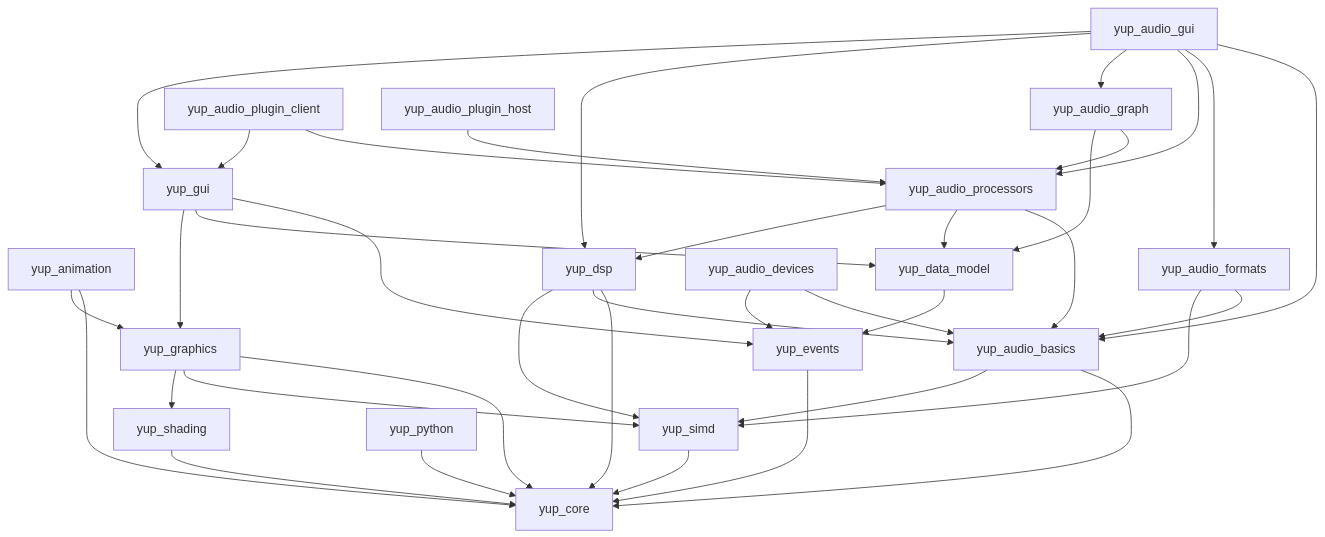
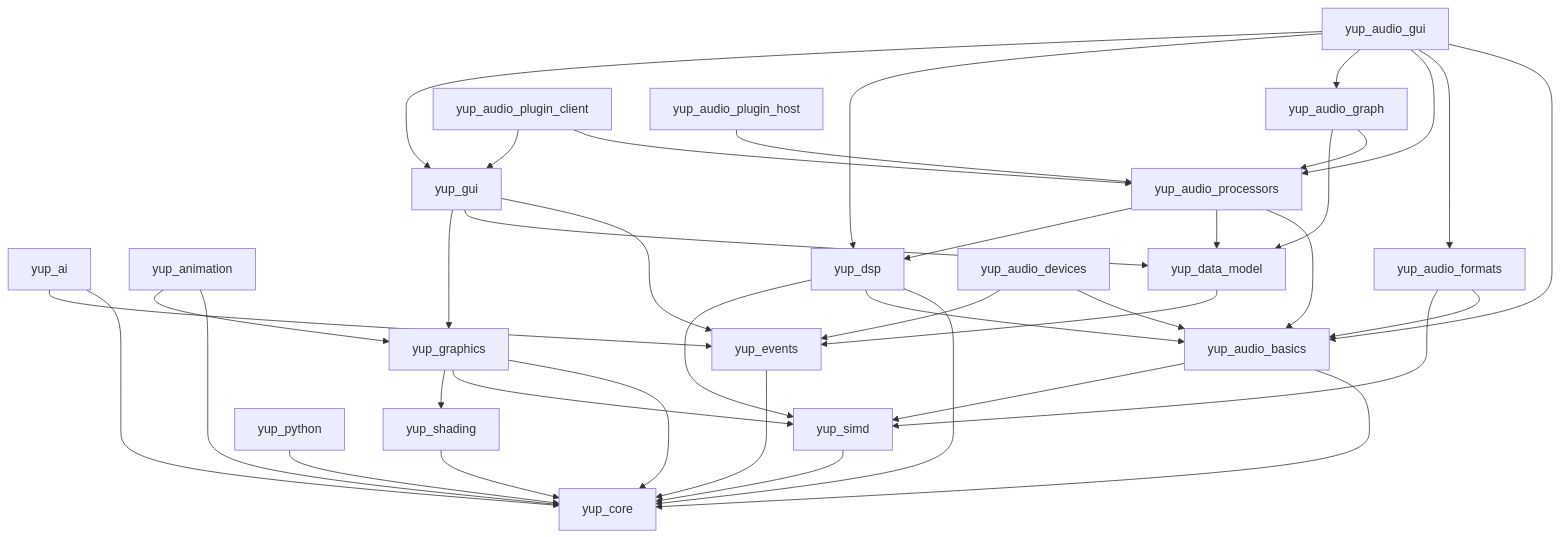
Diagram 20 of 20 in docs/modules.md (kunitoki/yup), drawn with Mermaid before and after one commit. The commit also changed other lines of this file and 62 other files, not shown here.

````diff
--- a/docs/modules.md
+++ b/docs/modules.md
@@ -366,52 +385,54 @@
 ```mermaid
 flowchart TD
     simd[yup_simd] --> core[yup_core]
     events[yup_events] --> core
     shading[yup_shading] --> core
     python[yup_python] --> core
+    ai[yup_ai] --> core
+    ai --> events
 
     graphics[yup_graphics] --> core
     graphics --> simd
     graphics --> shading
 
     animation[yup_animation] --> core
     animation --> graphics
 
     data[yup_data_model] --> events
 
     gui[yup_gui] --> events
     gui --> data
     gui --> graphics
 
     ab[yup_audio_basics] --> core
     ab --> simd
 
     dsp[yup_dsp] --> core
     dsp --> ab
     dsp --> simd
 
     afmt[yup_audio_formats] --> ab
     afmt --> simd
 
     adev[yup_audio_devices] --> ab
     adev --> events
 
     aproc[yup_audio_processors] --> ab
     aproc --> data
     aproc --> dsp
 
     agraph[yup_audio_graph] --> aproc
     agraph --> data
 
     aclient[yup_audio_plugin_client] --> aproc
     aclient --> gui
 
     ahost[yup_audio_plugin_host] --> aproc
 
     agui[yup_audio_gui] --> ab
     agui --> afmt
     agui --> aproc
     agui --> agraph
     agui --> dsp
     agui --> gui
 ```
````
